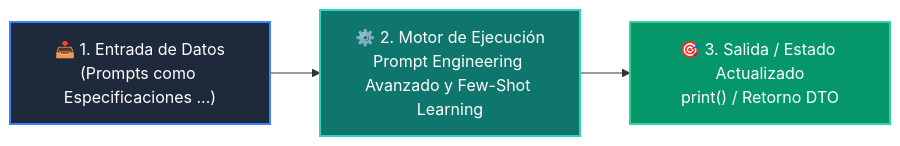
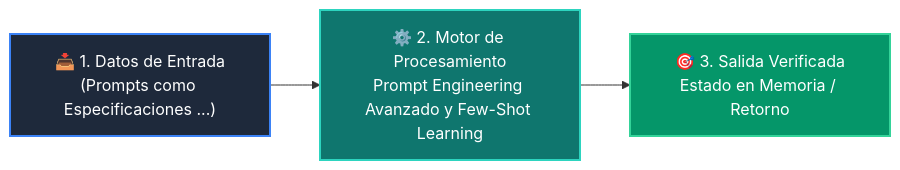
One commit to wisrovi/wisrovi-python changed the diagram in 03-agentes-ia/clase-02-prompt-engineering-avanzado/README.md. Above: the diagram before and after it, drawn with Mermaid. The commit also changed other lines of this file and 226 other files, not shown here.

Commit message:
docs: elevate all repository READMEs to world-class mastery standard with rich pedagogical architecture, custom Mermaids, and professional styling

````diff
--- a/03-agentes-ia/clase-02-prompt-engineering-avanzado/README.md
+++ b/03-agentes-ia/clase-02-prompt-engineering-avanzado/README.md
@@ -12,9 +26,9 @@
 ```mermaid
 flowchart LR
-    A["📥 1. Entrada de Datos<br/>(Prompts como Especificaciones ...)"] --> B["⚙️ 2. Motor de Ejecución<br/>Prompt Engineering Avanzado y Few-Shot Learning"]
-    B --> C["🎯 3. Salida / Estado Actualizado<br/>print() / Retorno DTO"]
+    IN["📥 1. Datos de Entrada<br/>(Prompts como Especificaciones ...)"] --> ENG["⚙️ 2. Motor de Procesamiento<br/>Prompt Engineering Avanzado y Few-Shot Learning"]
+    ENG --> OUT["🎯 3. Salida Verificada<br/>Estado en Memoria / Retorno"]
 
-    style A fill:#1e293b,color:#ffffff,stroke:#3b82f6,stroke-width:2px
-    style B fill:#0f766e,color:#ffffff,stroke:#2dd4bf,stroke-width:2px
-    style C fill:#059669,color:#ffffff,stroke:#34d399,stroke-width:2px
+    style IN fill:#1e293b,color:#ffffff,stroke:#3b82f6,stroke-width:2px
+    style ENG fill:#0f766e,color:#ffffff,stroke:#2dd4bf,stroke-width:2px
+    style OUT fill:#059669,color:#ffffff,stroke:#34d399,stroke-width:2px
 ```
````
